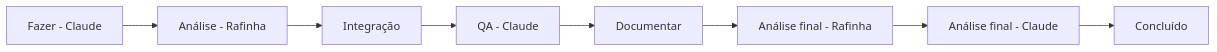
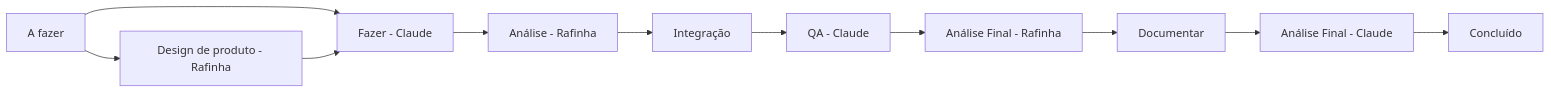
The diagram in README.md (rafinha-as-br/skills-claude), drawn with Mermaid before and after one commit. The commit also changed other lines of this file and 10 other files, not shown here.

````diff
--- a/README.md
+++ b/README.md
@@ -9,10 +9,13 @@
 ```mermaid
 flowchart LR
-    A["Fazer - Claude"] --> B["Análise - Rafinha"]
+    Z["A fazer"] --> Y["Design de produto - Rafinha"]
+    Z --> A["Fazer - Claude"]
+    Y --> A
+    A --> B["Análise - Rafinha"]
     B --> C["Integração"]
     C --> D["QA - Claude"]
-    D --> E["Documentar"]
-    E --> F["Análise final - Rafinha"]
-    F --> G["Análise final - Claude"]
+    D --> F["Análise Final - Rafinha"]
+    F --> E["Documentar"]
+    E --> G["Análise Final - Claude"]
     G --> H["Concluído"]
 ```
````
